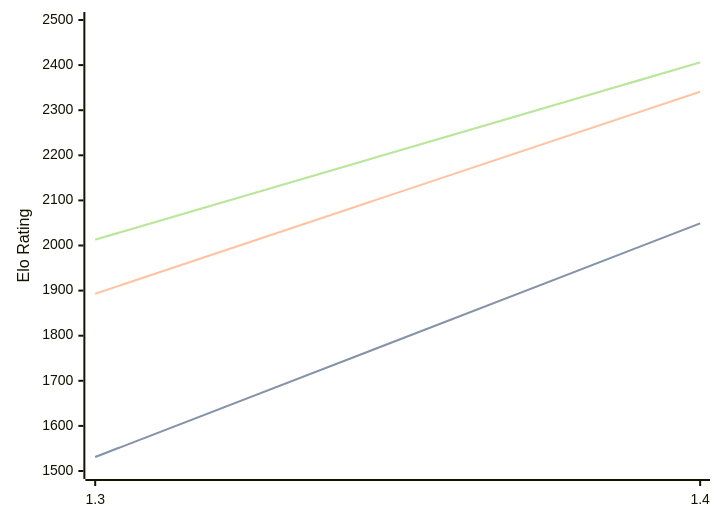
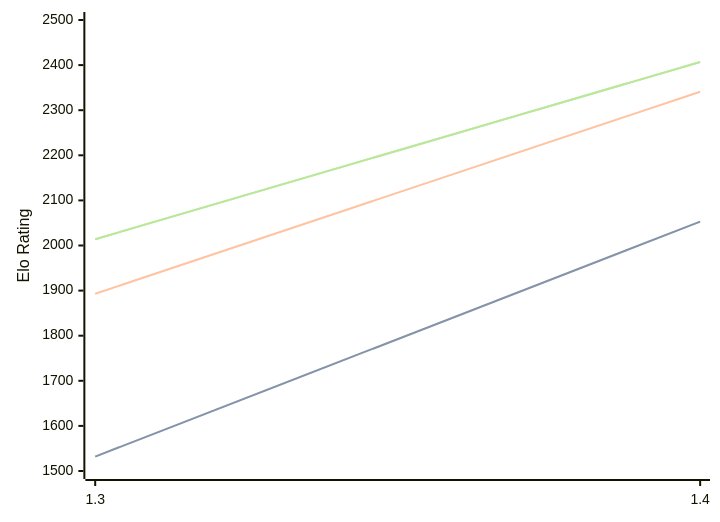
One commit to computer-chess-index/cci changed the diagram in engines/Facon.md. Above: the diagram before and after it, drawn with Mermaid. The commit also changed other lines of this file, not shown here.

Commit message:
Update CCI Ratings (ELO VLTC) - 2026-05-17

````diff
--- a/engines/Facon.md
+++ b/engines/Facon.md
@@ -35,11 +35,11 @@
 ```mermaid
 %%{init: {"theme":"base","themeVariables":{"seriesColors:['#a3a3a3','#222221','#faa371']}}}%%
 xychart-beta
   x-axis ["1.3", "1.4"]
   y-axis "Elo Rating" 1500 --> 2500
-  line "STC (8.0+0.08s)" [1531, 2049]
-  line "STC (8.0+0.08s)" [1531, 2049]
+  line "STC (8.0+0.08s)" [1532, 2053]
+  line "STC (8.0+0.08s)" [1532, 2053]
   line "LTC (60.0+0.60s)" [1893, 2341]
-  line "VLTC (2m24s+1.12s)" [2013, 2406]
-  line "VLTC (2m24s+1.12s)" [2013, 2406]
+  line "VLTC (2m24s+1.12s)" [2014, 2407]
+  line "VLTC (2m24s+1.12s)" [2014, 2407]
 ```
````
